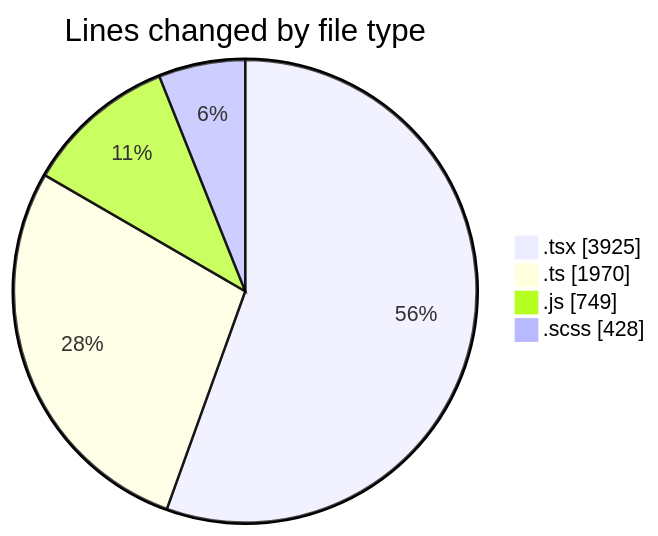
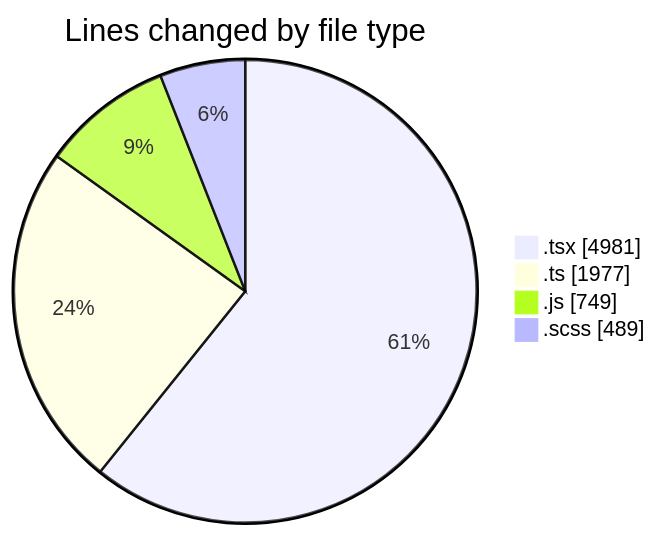
One commit to momahboobian/code-tracking changed the first of 2 diagrams in 2026-06-10/cda/README.md. Above: the diagram before and after it, drawn with Mermaid. The commit also changed other lines of this file and 1 other file, not shown here.

````diff
--- a/2026-06-10/cda/README.md
+++ b/2026-06-10/cda/README.md
@@ -57,8 +57,8 @@
 ```mermaid
 pie showData
 title Lines changed by file type
-".tsx" : 3925
-".ts" : 1970
+".tsx" : 4981
+".ts" : 1977
 ".js" : 749
-".scss" : 428
+".scss" : 489
 ```
````
